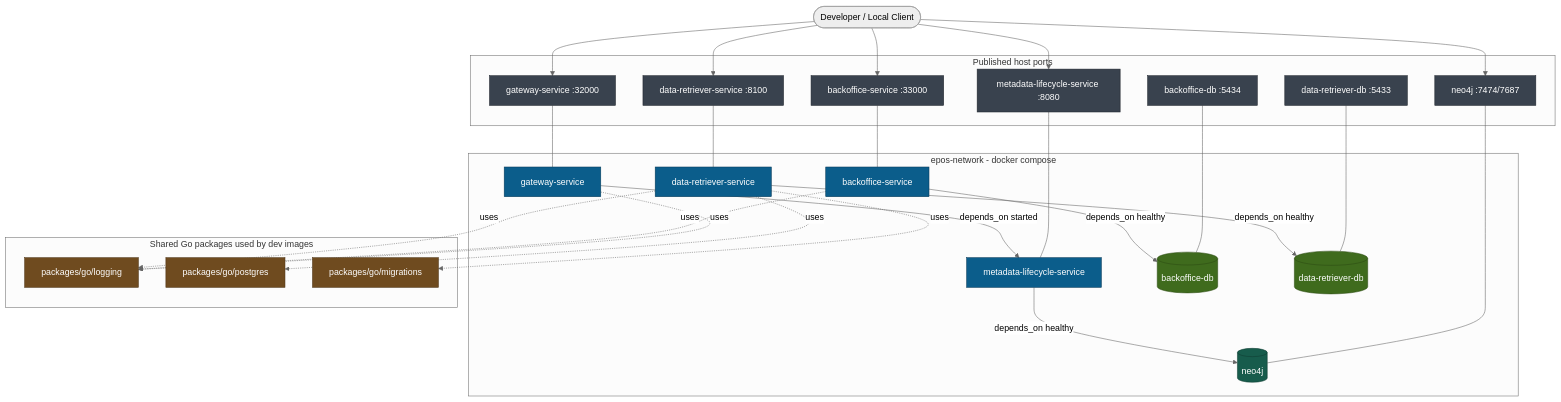
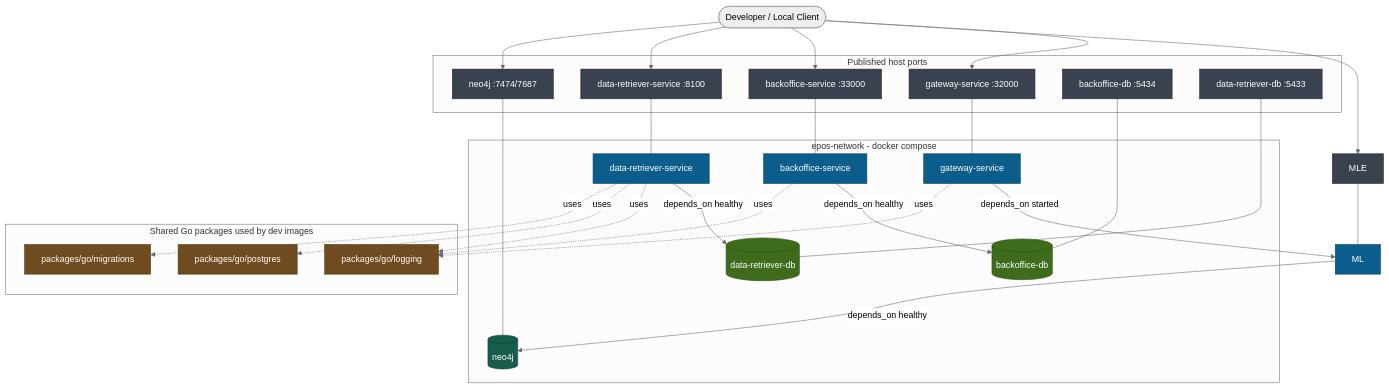
One commit to EPOS-ERIC/epos-platform changed the diagram in README.md. Above: the diagram before and after it, drawn with Mermaid (neutral theme). The commit also changed other lines of this file and 109 other files, not shown here.

Commit message:
delete old metadata-lifecycle

````diff
--- a/README.md
+++ b/README.md
@@ -19,70 +18,68 @@
 ```mermaid
 flowchart TB
     %% Based on docker/compose.dev.yaml and Tilt image wiring
 
     DEV([Developer / Local Client])
 
     subgraph EDGE[Published host ports]
         GWE[gateway-service :32000]
-        MLE[metadata-lifecycle-service :8080]
         BOE[backoffice-service :33000]
         DRE[data-retriever-service :8100]
         N4J[neo4j :7474/7687]
         PBO[backoffice-db :5434]
         PDR[data-retriever-db :5433]
     end
 
     subgraph NET["epos-network - docker compose"]
         GW[gateway-service]
-        ML[metadata-lifecycle-service]
         BO[backoffice-service]
         DR[data-retriever-service]
 
         NEO[(neo4j)]
         BODB[(backoffice-db)]
         DRDB[(data-retriever-db)]
     end
 
     subgraph SHARED[Shared Go packages used by dev images]
         LOG[packages/go/logging]
         PG[packages/go/postgres]
         MIG[packages/go/migrations]
     end
 
     DEV --> GWE
     DEV --> MLE
     DEV --> BOE
     DEV --> DRE
     DEV --> N4J
 
     GWE --- GW
     MLE --- ML
     BOE --- BO
     DRE --- DR
     N4J --- NEO
     PBO --- BODB
     PDR --- DRDB
 
     GW -->|depends_on started| ML
     BO -->|depends_on healthy| BODB
     DR -->|depends_on healthy| DRDB
     ML -->|depends_on healthy| NEO
 
     GW -. uses .-> LOG
     BO -. uses .-> LOG
     DR -. uses .-> LOG
     DR -. uses .-> PG
     DR -. uses .-> MIG
 
     classDef svc fill:#0b5d8b,stroke:#083b59,color:#ffffff,stroke-width:1px;
     classDef infra fill:#175c4c,stroke:#0f3d32,color:#ffffff,stroke-width:1px;
     classDef db fill:#3f6b1d,stroke:#2d4c14,color:#ffffff,stroke-width:1px;
     classDef shared fill:#6f4b1f,stroke:#4f3516,color:#ffffff,stroke-width:1px;
     classDef edge fill:#39424e,stroke:#1f252d,color:#ffffff,stroke-width:1px;
 
     class GW,ML,BO,DR svc;
     class NEO infra;
     class BODB,DRDB db;
     class LOG,PG,MIG shared;
     class GWE,MLE,BOE,DRE,N4J,PBO,PDR edge;
 ```
````
